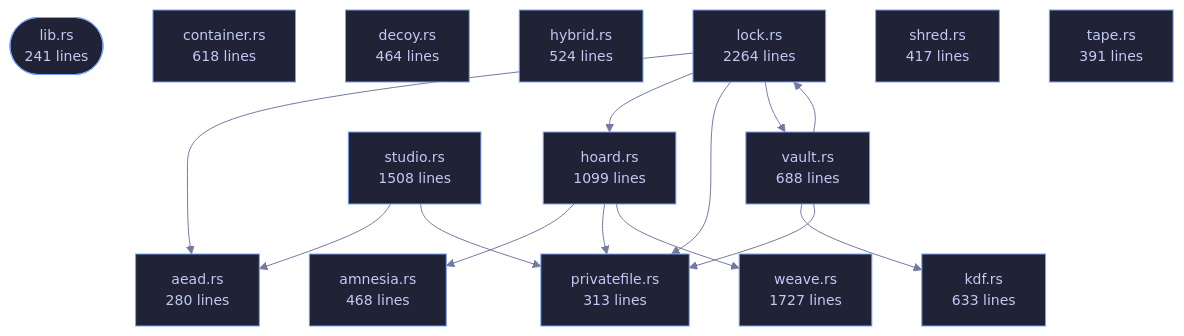
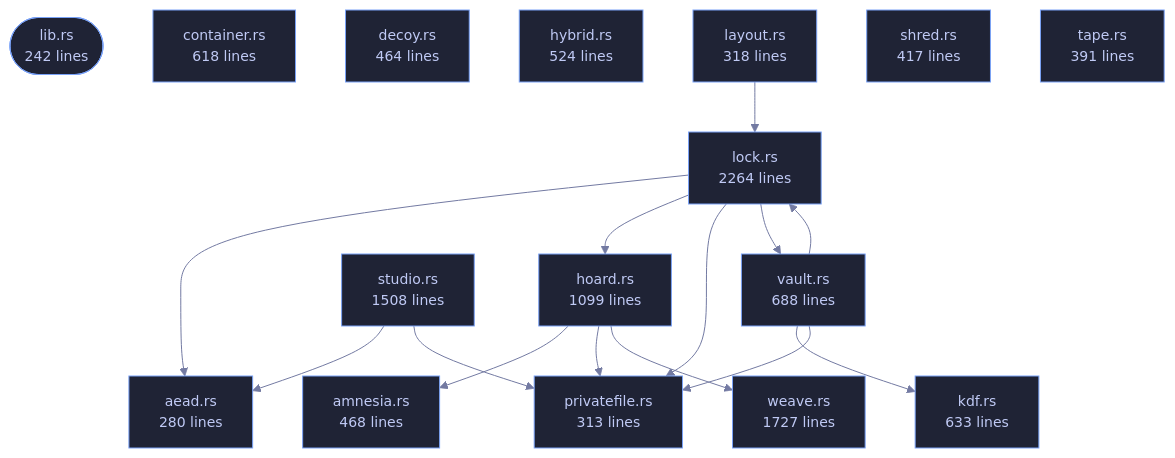
One commit to tilas01/veilvoice changed the diagram in crates/veilvoice-crypto/README.md. Above: the diagram before and after it, drawn with Mermaid. The commit also changed other lines of this file and 44 other files, not shown here.

````diff
--- a/crates/veilvoice-crypto/README.md
+++ b/crates/veilvoice-crypto/README.md
@@ -108,46 +108,49 @@
 ```mermaid
 %%{init: {"theme":"base","themeVariables":{"background":"#1a1b26","primaryColor":"#1f2335","primaryTextColor":"#c0caf5","primaryBorderColor":"#7aa2f7","secondaryColor":"#16161e","tertiaryColor":"#16161e","lineColor":"#737aa2","textColor":"#c0caf5","mainBkg":"#1f2335","nodeBorder":"#7aa2f7","clusterBkg":"#16161e","clusterBorder":"#2f3549","fontFamily":"ui-monospace, SFMono-Regular, Consolas, monospace","fontSize":"14px"}}}%%
 flowchart TD
-    n_lib(["lib.rs<br/>241 lines"])
+    n_lib(["lib.rs<br/>242 lines"])
     n_aead["aead.rs<br/>280 lines"]
     n_amnesia["amnesia.rs<br/>468 lines"]
     n_container["container.rs<br/>618 lines"]
     n_decoy["decoy.rs<br/>464 lines"]
     n_hoard["hoard.rs<br/>1099 lines"]
     n_hybrid["hybrid.rs<br/>524 lines"]
     n_kdf["kdf.rs<br/>633 lines"]
+    n_layout["layout.rs<br/>318 lines"]
     n_lock["lock.rs<br/>2264 lines"]
     n_privatefile["privatefile.rs<br/>313 lines"]
     n_shred["shred.rs<br/>417 lines"]
     n_studio["studio.rs<br/>1508 lines"]
     n_tape["tape.rs<br/>391 lines"]
     n_vault["vault.rs<br/>688 lines"]
     n_weave["weave.rs<br/>1727 lines"]
     n_hoard --> n_amnesia
     n_hoard --> n_privatefile
     n_hoard --> n_weave
+    n_layout --> n_lock
     n_lock --> n_aead
     n_lock --> n_hoard
     n_lock --> n_privatefile
     n_lock --> n_vault
     n_studio --> n_aead
     n_studio --> n_privatefile
     n_vault --> n_kdf
     n_vault --> n_lock
     n_vault --> n_privatefile
     click n_lib href "https://github.com/tilas01/veilvoice/blob/main/crates/veilvoice-crypto/src/lib.rs" "open the source"
     click n_aead href "https://github.com/tilas01/veilvoice/blob/main/crates/veilvoice-crypto/src/aead.rs" "open the source"
     click n_amnesia href "https://github.com/tilas01/veilvoice/blob/main/crates/veilvoice-crypto/src/amnesia.rs" "open the source"
     click n_container href "https://github.com/tilas01/veilvoice/blob/main/crates/veilvoice-crypto/src/container.rs" "open the source"
     click n_decoy href "https://github.com/tilas01/veilvoice/blob/main/crates/veilvoice-crypto/src/decoy.rs" "open the source"
     click n_hoard href "https://github.com/tilas01/veilvoice/blob/main/crates/veilvoice-crypto/src/hoard.rs" "open the source"
     click n_hybrid href "https://github.com/tilas01/veilvoice/blob/main/crates/veilvoice-crypto/src/hybrid.rs" "open the source"
     click n_kdf href "https://github.com/tilas01/veilvoice/blob/main/crates/veilvoice-crypto/src/kdf.rs" "open the source"
+    click n_layout href "https://github.com/tilas01/veilvoice/blob/main/crates/veilvoice-crypto/src/layout.rs" "open the source"
     click n_lock href "https://github.com/tilas01/veilvoice/blob/main/crates/veilvoice-crypto/src/lock.rs" "open the source"
     click n_privatefile href "https://github.com/tilas01/veilvoice/blob/main/crates/veilvoice-crypto/src/privatefile.rs" "open the source"
     click n_shred href "https://github.com/tilas01/veilvoice/blob/main/crates/veilvoice-crypto/src/shred.rs" "open the source"
     click n_studio href "https://github.com/tilas01/veilvoice/blob/main/crates/veilvoice-crypto/src/studio.rs" "open the source"
     click n_tape href "https://github.com/tilas01/veilvoice/blob/main/crates/veilvoice-crypto/src/tape.rs" "open the source"
     click n_vault href "https://github.com/tilas01/veilvoice/blob/main/crates/veilvoice-crypto/src/vault.rs" "open the source"
     click n_weave href "https://github.com/tilas01/veilvoice/blob/main/crates/veilvoice-crypto/src/weave.rs" "open the source"
 ```
````
